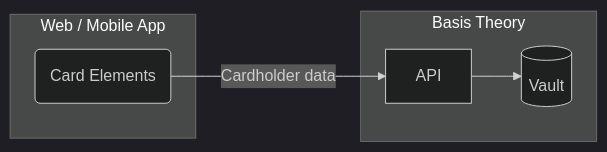
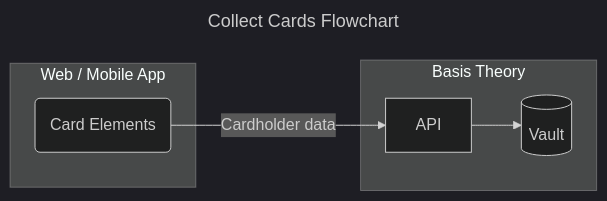
Before and after one commit to Basis-Theory/developers.basistheory.com: the diagram in docs/guides/collect/collect-cards.mdx, drawn with Mermaid (dark theme). The commit also changed 3 other files, not shown here.

Commit message:
wip: theme mermaid

````diff
--- a/docs/guides/collect/collect-cards.mdx
+++ b/docs/guides/collect/collect-cards.mdx
@@ -14,12 +14,15 @@
 ```mermaid
+---
+title: Collect Cards Flowchart
+---
 flowchart LR
     subgraph ide1 [Basis Theory]
     vault[(Vault)]
     api[API]
     api-->vault
     end
     subgraph fe [Web / Mobile App]
     elements(Card Elements)
     elements--Cardholder data-->api
     end
 ```
````
